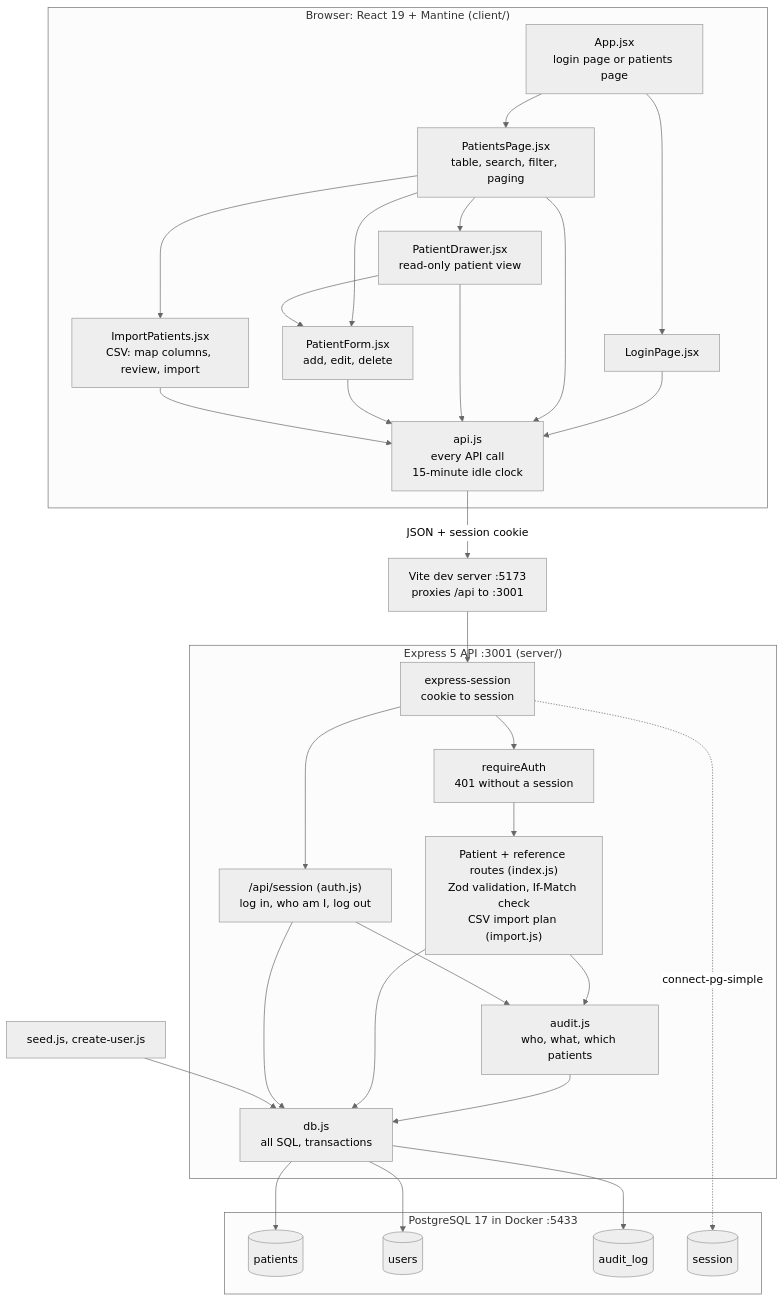
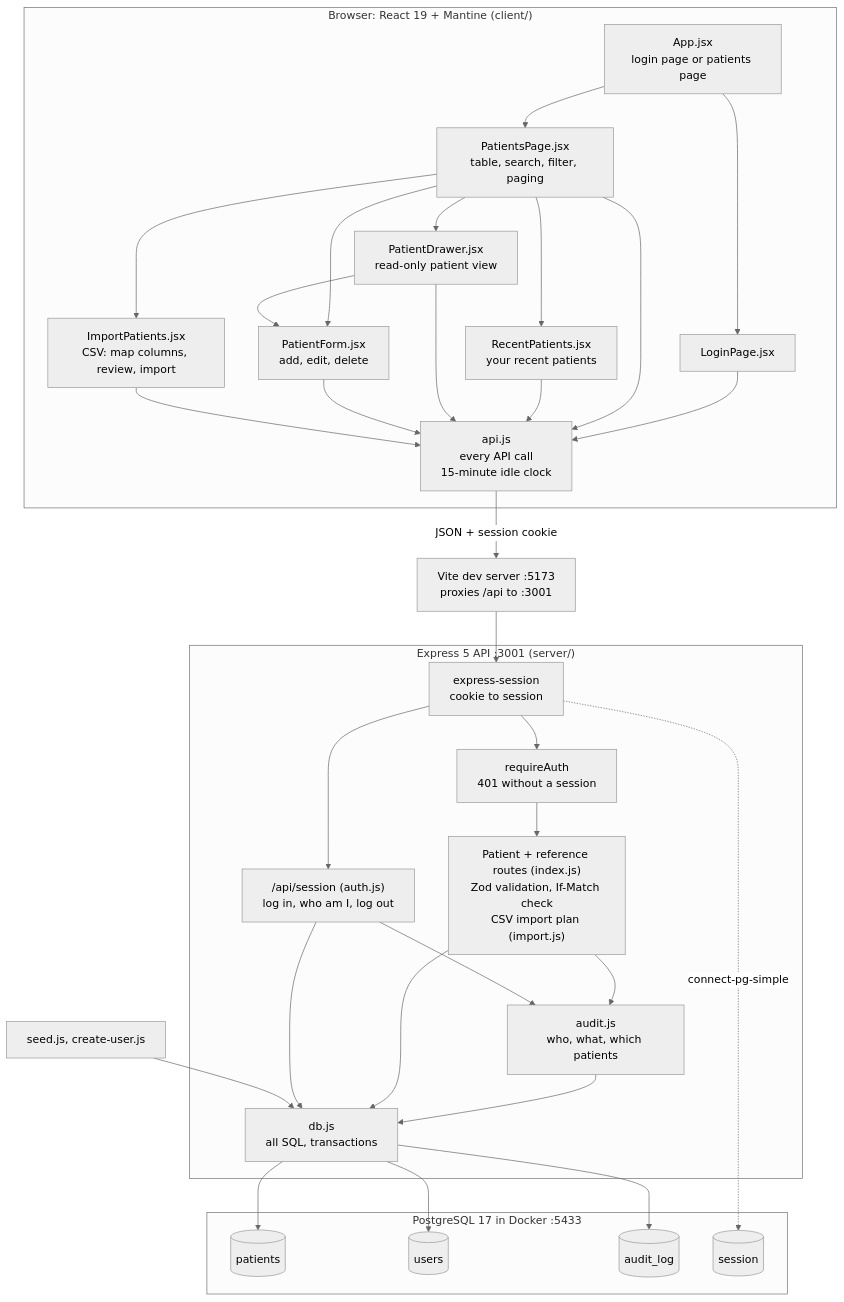
Before and after one commit to dengjulie/patient-tracker: the first of 2 diagrams in ARCHITECTURE.md, drawn with Mermaid (neutral theme). The commit also changed other lines of this file and 7 other files, not shown here.

First line of the commit message:
Show each provider's recent patients before they search

````diff
--- a/ARCHITECTURE.md
+++ b/ARCHITECTURE.md
@@ -9,47 +9,48 @@
 ```mermaid
 flowchart TB
     subgraph Browser["Browser: React 19 + Mantine (client/)"]
         App["App.jsx<br/>login page or patients page"]
         Login["LoginPage.jsx"]
         List["PatientsPage.jsx<br/>table, search, filter, paging"]
         View["PatientDrawer.jsx<br/>read-only patient view"]
+        Recent["RecentPatients.jsx<br/>your recent patients"]
         Form["PatientForm.jsx<br/>add, edit, delete"]
         Import["ImportPatients.jsx<br/>CSV: map columns, review, import"]
         Api["api.js<br/>every API call<br/>15-minute idle clock"]
         App --> Login & List
-        List --> View & Form & Import
+        List --> Recent & View & Form & Import
         View --> Form
-        Login & List & View & Form & Import --> Api
+        Login & List & Recent & View & Form & Import --> Api
     end
 
     Vite["Vite dev server :5173<br/>proxies /api to :3001"]
 
     subgraph Server["Express 5 API :3001 (server/)"]
         Sessions["express-session<br/>cookie to session"]
         SessionRoutes["/api/session (auth.js)<br/>log in, who am I, log out"]
         Guard["requireAuth<br/>401 without a session"]
         Routes["Patient + reference routes (index.js)<br/>Zod validation, If-Match check<br/>CSV import plan (import.js)"]
         Audit["audit.js<br/>who, what, which patients"]
         Db["db.js<br/>all SQL, transactions"]
         Sessions --> SessionRoutes
         Sessions --> Guard --> Routes
         Routes --> Audit --> Db
         Routes --> Db
         SessionRoutes --> Audit
         SessionRoutes --> Db
     end
 
     subgraph Postgres["PostgreSQL 17 in Docker :5433"]
         patients[("patients")]
         users[("users")]
         audit_log[("audit_log")]
         session[("session")]
     end
 
     Scripts["seed.js, create-user.js"]
 
     Api -- "JSON + session cookie" --> Vite --> Sessions
     Db --> patients & users & audit_log
     Sessions -. "connect-pg-simple" .-> session
     Scripts --> Db
 ```
````
